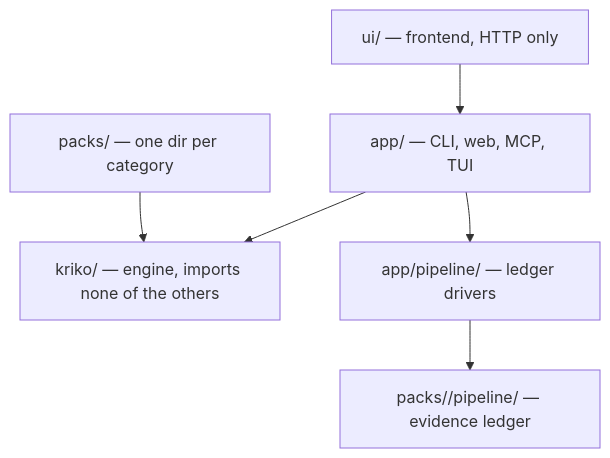
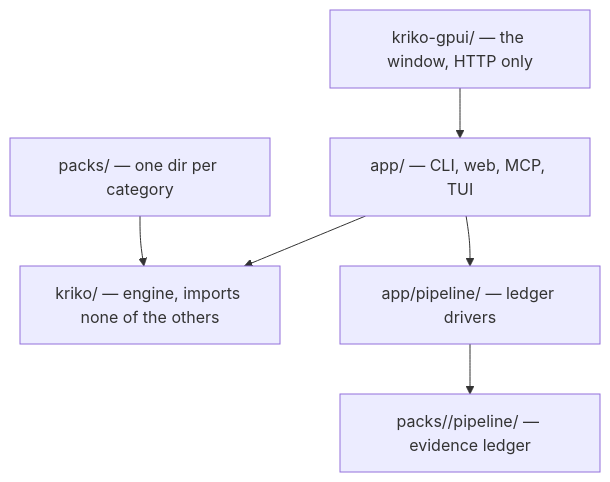
One commit to Berbadov/kriko changed the diagram in docs/ARCHITECTURE.md. Above: the diagram before and after it, drawn with Mermaid. The commit also changed other lines of this file and 298 other files, not shown here.

First line of the commit message:
Svelte is gone: the GPUI app is the only window (B19)

````diff
--- a/docs/ARCHITECTURE.md
+++ b/docs/ARCHITECTURE.md
@@ -20,8 +20,8 @@
 ```mermaid
 flowchart TD
-    UI["ui/ — frontend, HTTP only"] --> APP["app/ — CLI, web, MCP, TUI"]
+    UI["kriko-gpui/ — the window, HTTP only"] --> APP["app/ — CLI, web, MCP, TUI"]
     APP --> K["kriko/ — engine, imports none of the others"]
     PACKS["packs/ — one dir per category"] --> K
     APP --> PL["app/pipeline/ — ledger drivers"]
     PL --> PP["packs/<name>/pipeline/ — evidence ledger"]
 ```
````
